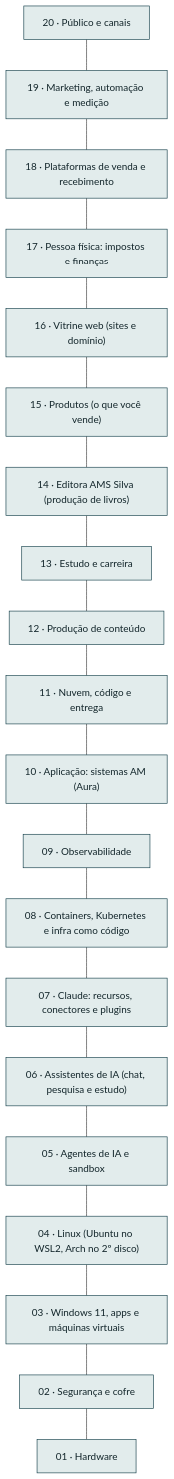
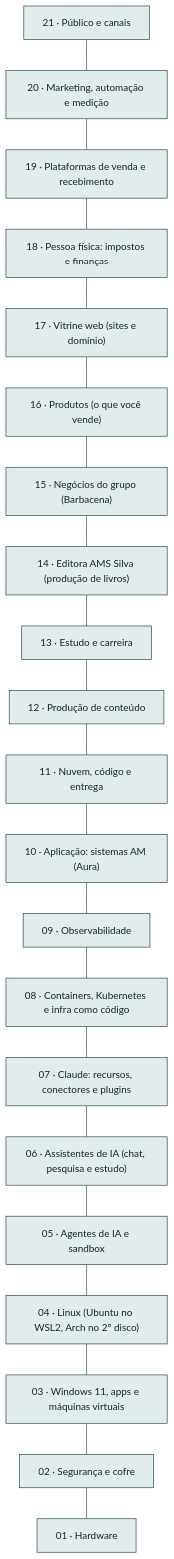
One commit to AlanMateus17/dev-setup changed the first of 2 diagrams in README.md. Above: the diagram before and after it, drawn with Mermaid. The commit also changed other lines of this file and 47 other files, not shown here.

First line of the commit message:
feat: arquitetura dos nove negócios do grupo

````diff
--- a/README.md
+++ b/README.md
@@ -24,44 +25,46 @@
 ```mermaid
 flowchart TB
-  L_pub["20 · Público e canais"]
-  L_mkt["19 · Marketing, automação e medição"]
-  L_venda["18 · Plataformas de venda e recebimento"]
-  L_emp["17 · Pessoa física: impostos e finanças"]
-  L_web["16 · Vitrine web (sites e domínio)"]
-  L_prod["15 · Produtos (o que você vende)"]
+  L_pub["21 · Público e canais"]
+  L_mkt["20 · Marketing, automação e medição"]
+  L_venda["19 · Plataformas de venda e recebimento"]
+  L_emp["18 · Pessoa física: impostos e finanças"]
+  L_web["17 · Vitrine web (sites e domínio)"]
+  L_prod["16 · Produtos (o que você vende)"]
+  L_neg["15 · Negócios do grupo (Barbacena)"]
   L_editora["14 · Editora AMS Silva (produção de livros)"]
   L_est["13 · Estudo e carreira"]
   L_cont["12 · Produção de conteúdo"]
   L_nuvem["11 · Nuvem, código e entrega"]
   L_app["10 · Aplicação: sistemas AM (Aura)"]
   L_obs["09 · Observabilidade"]
   L_cnt["08 · Containers, Kubernetes e infra como código"]
   L_clc["07 · Claude: recursos, conectores e plugins"]
   L_chat["06 · Assistentes de IA (chat, pesquisa e estudo)"]
   L_ia["05 · Agentes de IA e sandbox"]
   L_lin["04 · Linux (Ubuntu no WSL2, Arch no 2º disco)"]
   L_win["03 · Windows 11, apps e máquinas virtuais"]
   L_seg["02 · Segurança e cofre"]
   L_hw["01 · Hardware"]
   L_pub --- L_mkt
   L_mkt --- L_venda
   L_venda --- L_emp
   L_emp --- L_web
   L_web --- L_prod
-  L_prod --- L_editora
+  L_prod --- L_neg
+  L_neg --- L_editora
   L_editora --- L_est
   L_est --- L_cont
   L_cont --- L_nuvem
   L_nuvem --- L_app
   L_app --- L_obs
   L_obs --- L_cnt
   L_cnt --- L_clc
   L_clc --- L_chat
   L_chat --- L_ia
   L_ia --- L_lin
   L_lin --- L_win
   L_win --- L_seg
   L_seg --- L_hw
   classDef cam fill:#e2ecec,stroke:#0e3a45,color:#13262b
-  class L_pub,L_mkt,L_venda,L_emp,L_web,L_prod,L_editora,L_est,L_cont,L_nuvem,L_app,L_obs,L_cnt,L_clc,L_chat,L_ia,L_lin,L_win,L_seg,L_hw cam
+  class L_pub,L_mkt,L_venda,L_emp,L_web,L_prod,L_neg,L_editora,L_est,L_cont,L_nuvem,L_app,L_obs,L_cnt,L_clc,L_chat,L_ia,L_lin,L_win,L_seg,L_hw cam
 ```
````
